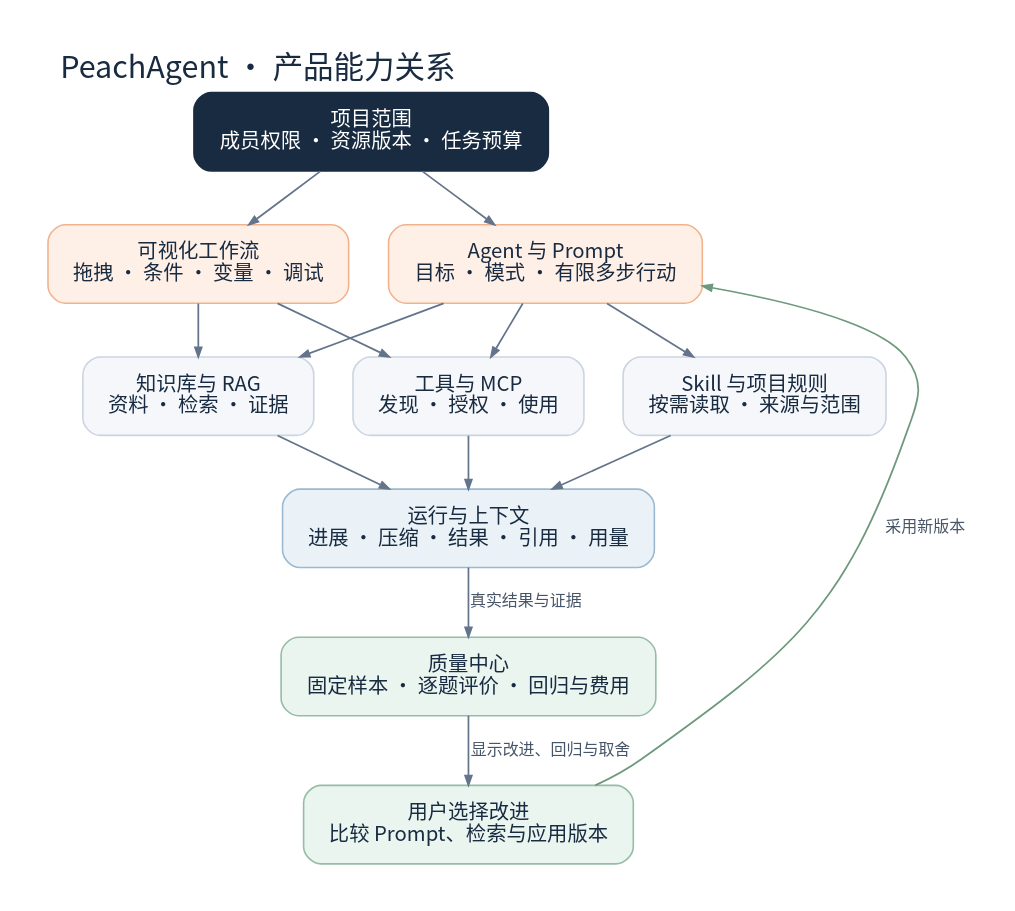
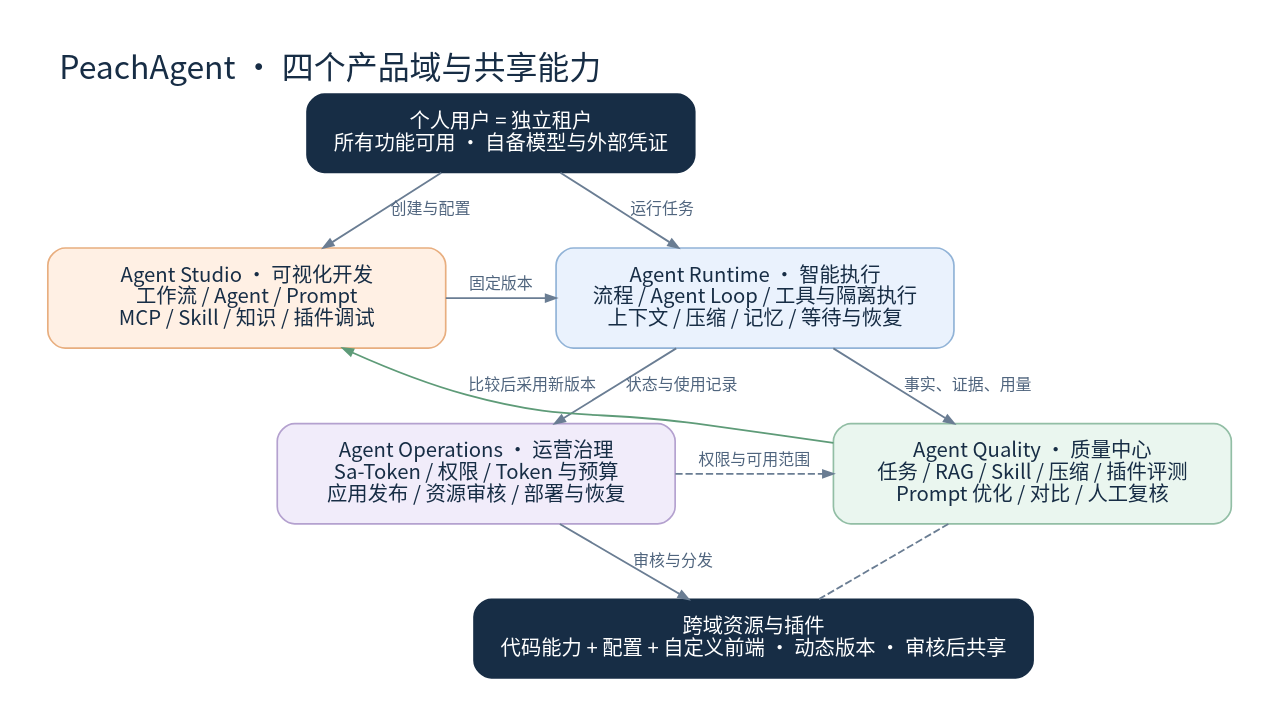
Before and after one commit to Ryan-Guizhou/PeachAgent: the diagram in image/product-capabilities.dot, drawn with Graphviz. The commit also changed 49 other files, not shown here.

First line of the commit message:
docs: 完善四域架构、动态插件与七阶段交付蓝图 (#5)

```diff
--- a/image/product-capabilities.dot
+++ b/image/product-capabilities.dot
@@ -1,34 +1,28 @@
-digraph ProductCapabilities {
-  graph [rankdir=TB, bgcolor="#FFFFFF", pad=0.35, nodesep=0.38, ranksep=0.48,
-    fontname="Noto Sans CJK SC", fontsize=21, fontcolor="#182B41",
-    label="PeachAgent · 产品能力关系", labelloc=t, labeljust=l];
-  node [shape=box, style="rounded,filled", fontname="Noto Sans CJK SC",
-    fontsize=14, color="#CBD5E1", fillcolor="#F5F7FB", fontcolor="#182B41",
-    margin="0.22,0.16", penwidth=1.1];
-  edge [color="#64748B", arrowsize=0.65, fontname="Noto Sans CJK SC",
-    fontsize=11, fontcolor="#475569", penwidth=1.2];
-  project [label="项目范围\n成员权限 · 资源版本 · 任务预算", fillcolor="#182B41", fontcolor="#FFFFFF", color="#182B41"];
-  workflow [label="可视化工作流\n拖拽 · 条件 · 变量 · 调试", fillcolor="#FFF0E7", color="#F2B38C"];
-  agent [label="Agent 与 Prompt\n目标 · 模式 · 有限多步行动", fillcolor="#FFF0E7", color="#F2B38C"];
-  tools [label="工具与 MCP\n发现 · 授权 · 使用"];
-  skills [label="Skill 与项目规则\n按需读取 · 来源与范围"];
-  knowledge [label="知识库与 RAG\n资料 · 检索 · 证据"];
-  run [label="运行与上下文\n进展 · 压缩 · 结果 · 引用 · 用量", fillcolor="#EAF2F8", color="#9BB9D1"];
-  quality [label="质量中心\n固定样本 · 逐题评价 · 回归与费用", fillcolor="#EAF5EF", color="#96BCA6"];
-  improve [label="用户选择改进\n比较 Prompt、检索与应用版本", fillcolor="#EAF5EF", color="#96BCA6"];
-  { rank=same; workflow; agent; }
-  { rank=same; tools; skills; knowledge; }
-  project -> workflow;
-  project -> agent;
-  workflow -> tools;
-  agent -> tools;
-  agent -> skills;
-  agent -> knowledge;
-  workflow -> knowledge;
-  tools -> run;
-  skills -> run;
-  knowledge -> run;
-  run -> quality [label="真实结果与证据"];
-  quality -> improve [label="显示改进、回归与取舍"];
-  improve -> agent [label="采用新版本", constraint=false, color="#6D997D"];
+digraph PeachAgent {
+  graph [rankdir=TB, bgcolor="#FFFFFF", pad=0.35, nodesep=0.42, ranksep=0.55,
+    fontname="Noto Sans CJK SC", fontsize=22, fontcolor="#172D45", labelloc=t, labeljust=l];
+  node [shape=box, style="rounded,filled", fontname="Noto Sans CJK SC", fontsize=14,
+    color="#C8D4E2", fillcolor="#F5F8FC", fontcolor="#172D45", margin="0.22,0.16", penwidth=1.15];
+  edge [color="#6A7D93", arrowsize=0.7, fontname="Noto Sans CJK SC", fontsize=11,
+    fontcolor="#50657E", penwidth=1.25];
+  graph [label="PeachAgent · 四个产品域与共享能力"];
+
+  account [label="个人用户 = 独立租户\n所有功能可用 · 自备模型与外部凭证", fillcolor="#172D45", fontcolor="white", color="#172D45"];
+  studio [label="Agent Studio · 可视化开发\n工作流 / Agent / Prompt\nMCP / Skill / 知识 / 插件调试", fillcolor="#FFF0E4", color="#E8AE7F", width=3.8];
+  runtime [label="Agent Runtime · 智能执行\n流程 / Agent Loop / 工具与隔离执行\n上下文 / 压缩 / 记忆 / 等待与恢复", fillcolor="#EAF2FD", color="#91B3D7", width=3.8];
+  quality [label="Agent Quality · 质量中心\n任务 / RAG / Skill / 压缩 / 插件评测\nPrompt 优化 / 对比 / 人工复核", fillcolor="#EAF6EF", color="#92BEA5", width=3.8];
+  operations [label="Agent Operations · 运营治理\nSa-Token / 权限 / Token 与预算\n应用发布 / 资源审核 / 部署与恢复", fillcolor="#F1ECFA", color="#B4A1CF", width=3.8];
+  extension [label="跨域资源与插件\n代码能力 + 配置 + 自定义前端 · 动态版本 · 审核后共享", fillcolor="#172D45", fontcolor="white", color="#172D45"];
+  {rank=same; studio; runtime;}
+  {rank=same; quality; operations;}
+  account -> studio [label="创建与配置"];
+  account -> runtime [label="运行任务"];
+  studio -> runtime [label="固定版本"];
+  runtime -> quality [label="事实、证据、用量"];
+  runtime -> operations [label="状态与使用记录"];
+  quality -> studio [label="比较后采用新版本", constraint=false, color="#5E9B78"];
+  operations -> quality [label="权限与可用范围", style=dashed];
+  quality -> extension [style=dashed, arrowhead=none];
+  operations -> extension [label="审核与分发"];
+
 }
```
